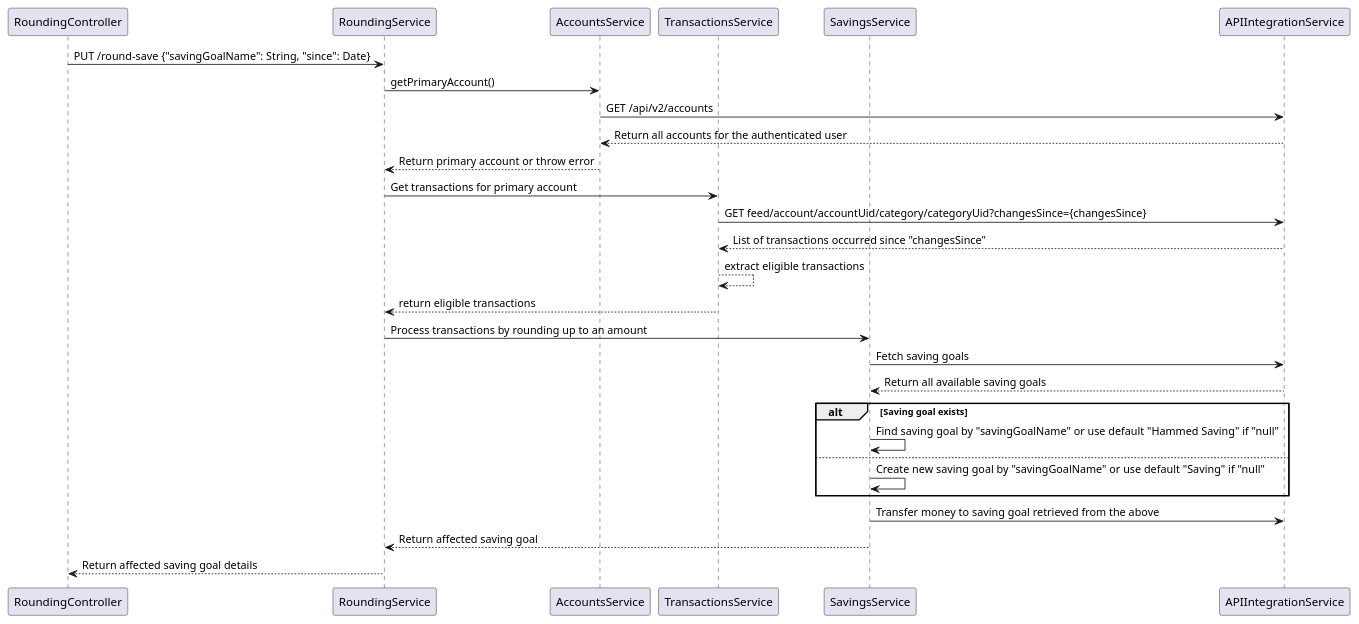
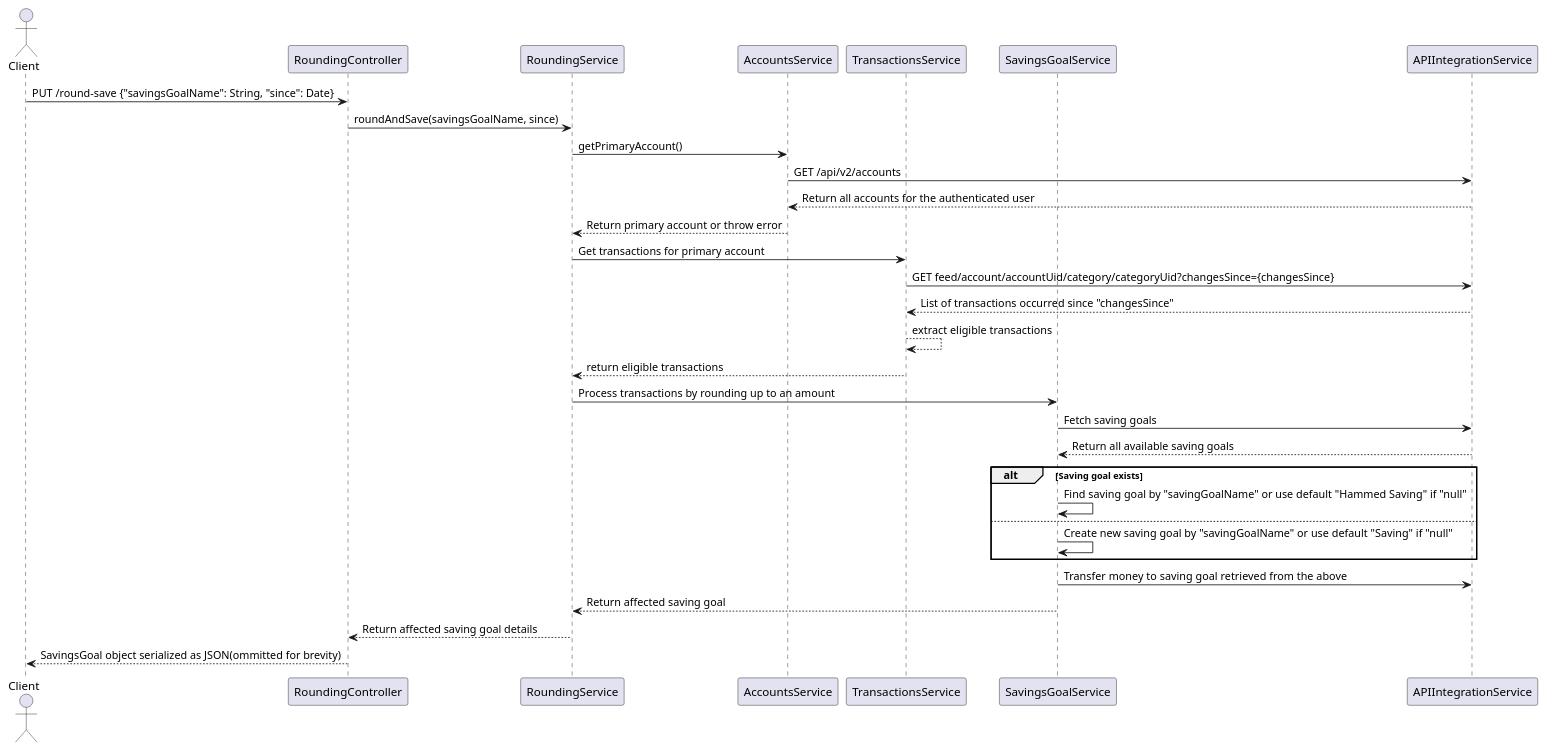
The diagram in flows/roundup_flows.puml (adigunhammedolalekan/challenge), drawn with PlantUML before and after one commit. The commit also changed 2 other files, not shown here.

```diff
--- a/flows/roundup_flows.puml
+++ b/flows/roundup_flows.puml
@@ -1,35 +1,38 @@
 @startuml
+actor Client
 participant RoundingController
 participant RoundingService
 participant AccountsService
 participant TransactionsService
-participant SavingsService
+participant SavingsGoalService
 participant APIIntegrationService
 
-RoundingController -> RoundingService: PUT /round-save {"savingGoalName": String, "since": Date}
+Client -> RoundingController: PUT /round-save {"savingsGoalName": String, "since": Date}
+RoundingController -> RoundingService: roundAndSave(savingsGoalName, since)
 RoundingService -> AccountsService: getPrimaryAccount()
 AccountsService -> APIIntegrationService: GET /api/v2/accounts
 APIIntegrationService --> AccountsService: Return all accounts for the authenticated user
 AccountsService --> RoundingService: Return primary account or throw error
 
 RoundingService -> TransactionsService: Get transactions for primary account
 TransactionsService -> APIIntegrationService: GET feed/account/accountUid/category/categoryUid?changesSince={changesSince}
 APIIntegrationService --> TransactionsService: List of transactions occurred since "changesSince"
 TransactionsService --> TransactionsService: extract eligible transactions
 TransactionsService --> RoundingService: return eligible transactions
 
-RoundingService -> SavingsService: Process transactions by rounding up to an amount
-SavingsService -> APIIntegrationService: Fetch saving goals
-APIIntegrationService --> SavingsService: Return all available saving goals
+RoundingService -> SavingsGoalService: Process transactions by rounding up to an amount
+SavingsGoalService -> APIIntegrationService: Fetch saving goals
+APIIntegrationService --> SavingsGoalService: Return all available saving goals
 
 alt Saving goal exists
-    SavingsService -> SavingsService: Find saving goal by "savingGoalName" or use default "Hammed Saving" if "null"
+    SavingsGoalService -> SavingsGoalService: Find saving goal by "savingGoalName" or use default "Hammed Saving" if "null"
 else
-    SavingsService -> SavingsService: Create new saving goal by "savingGoalName" or use default "Saving" if "null"
+    SavingsGoalService -> SavingsGoalService: Create new saving goal by "savingGoalName" or use default "Saving" if "null"
 end
 
-SavingsService -> APIIntegrationService: Transfer money to saving goal retrieved from the above
-SavingsService --> RoundingService: Return affected saving goal
+SavingsGoalService -> APIIntegrationService: Transfer money to saving goal retrieved from the above
+SavingsGoalService --> RoundingService: Return affected saving goal
 
 RoundingService --> RoundingController: Return affected saving goal details
+RoundingController --> Client: SavingsGoal object serialized as JSON(ommitted for brevity)
 @enduml
```
